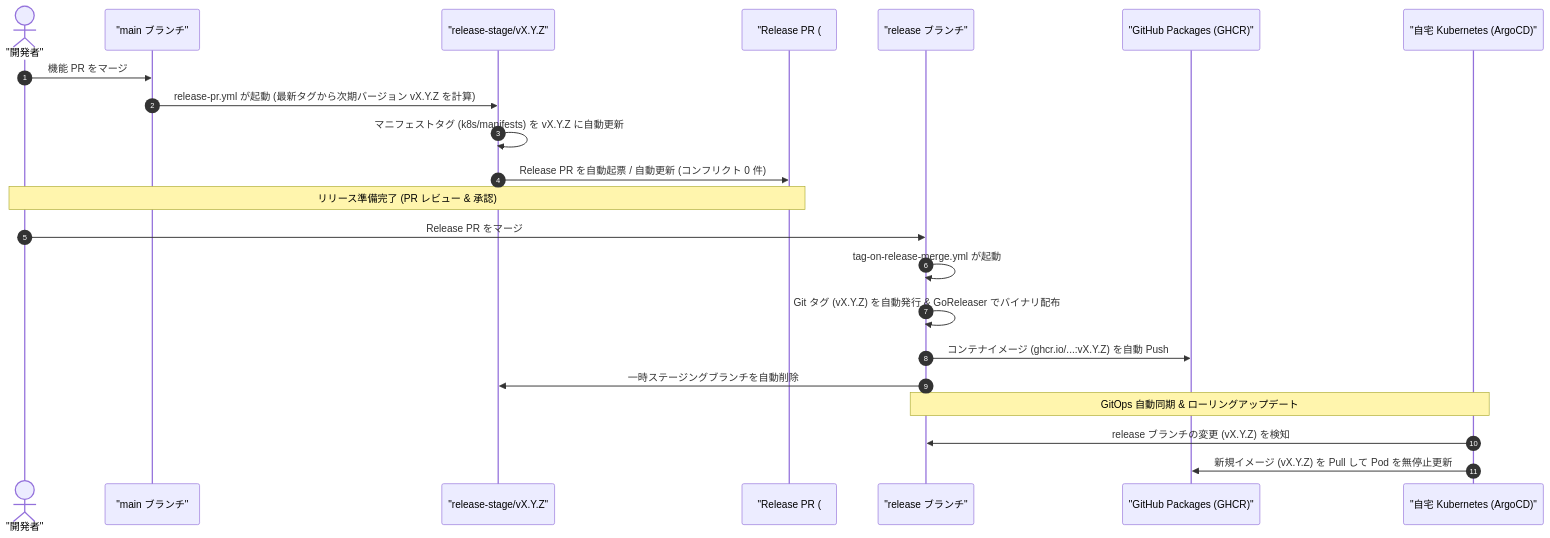
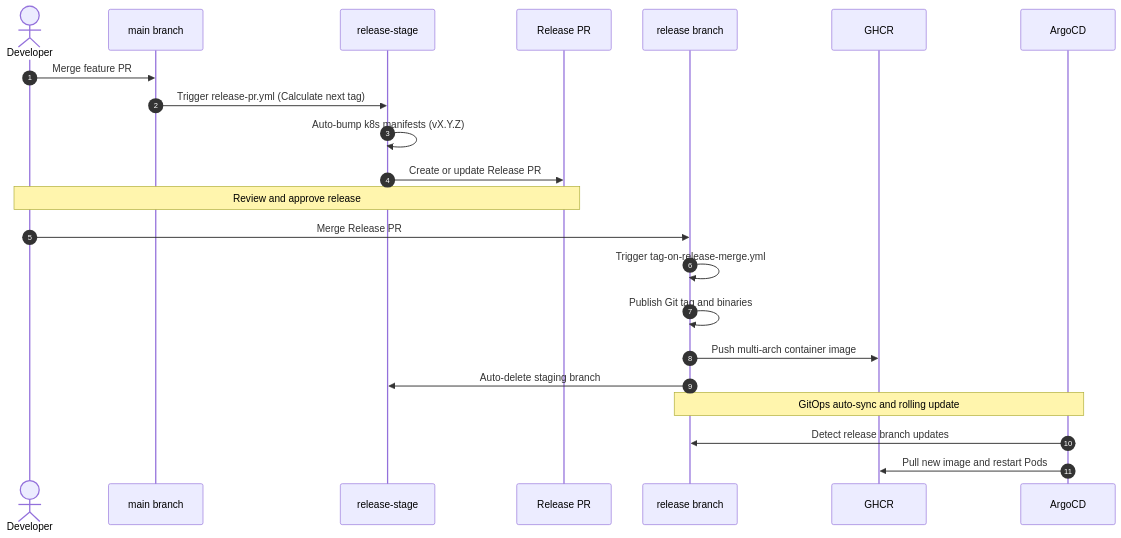
One commit to AobaIwaki123/lumitree changed the second of 2 diagrams in docs/architecture.md. Above: the diagram before and after it, drawn with Mermaid. The commit also changed other lines of this file, not shown here.

Commit message:
docs: streamline Mermaid diagrams to standard robust syntax without special characters

````diff
--- a/docs/architecture.md
+++ b/docs/architecture.md
@@ -59,28 +59,28 @@
 ```mermaid
 sequenceDiagram
     autonumber
-    actor Dev as "開発者"
-    participant Main as "main ブランチ"
-    participant Stage as "release-stage/vX.Y.Z"
-    participant RelPR as "Release PR (#XX)"
-    participant Rel as "release ブランチ"
-    participant GHCR as "GitHub Packages (GHCR)"
-    participant Argo as "自宅 Kubernetes (ArgoCD)"
+    actor Dev as Developer
+    participant Main as main branch
+    participant Stage as release-stage
+    participant RelPR as Release PR
+    participant Rel as release branch
+    participant GHCR as GHCR
+    participant Argo as ArgoCD
 
-    Dev->>Main: 機能 PR をマージ
-    Main->>Stage: release-pr.yml が起動 (最新タグから次期バージョン vX.Y.Z を計算)
-    Stage->>Stage: マニフェストタグ (k8s/manifests) を vX.Y.Z に自動更新
-    Stage->>RelPR: Release PR を自動起票 / 自動更新 (コンフリクト 0 件)
+    Dev->>Main: Merge feature PR
+    Main->>Stage: Trigger release-pr.yml (Calculate next tag)
+    Stage->>Stage: Auto-bump k8s manifests (vX.Y.Z)
+    Stage->>RelPR: Create or update Release PR
 
-    Note over Dev,RelPR: リリース準備完了 (PR レビュー & 承認)
+    Note over Dev,RelPR: Review and approve release
 
-    Dev->>Rel: Release PR をマージ
-    Rel->>Rel: tag-on-release-merge.yml が起動
-    Rel->>Rel: Git タグ (vX.Y.Z) を自動発行 & GoReleaser でバイナリ配布
-    Rel->>GHCR: コンテナイメージ (ghcr.io/...:vX.Y.Z) を自動 Push
-    Rel->>Stage: 一時ステージングブランチを自動削除
+    Dev->>Rel: Merge Release PR
+    Rel->>Rel: Trigger tag-on-release-merge.yml
+    Rel->>Rel: Publish Git tag and binaries
+    Rel->>GHCR: Push multi-arch container image
+    Rel->>Stage: Auto-delete staging branch
 
-    Note over Argo,Rel: GitOps 自動同期 & ローリングアップデート
-    Argo->>Rel: release ブランチの変更 (vX.Y.Z) を検知
-    Argo->>GHCR: 新規イメージ (vX.Y.Z) を Pull して Pod を無停止更新
+    Note over Argo,Rel: GitOps auto-sync and rolling update
+    Argo->>Rel: Detect release branch updates
+    Argo->>GHCR: Pull new image and restart Pods
 ```
````
